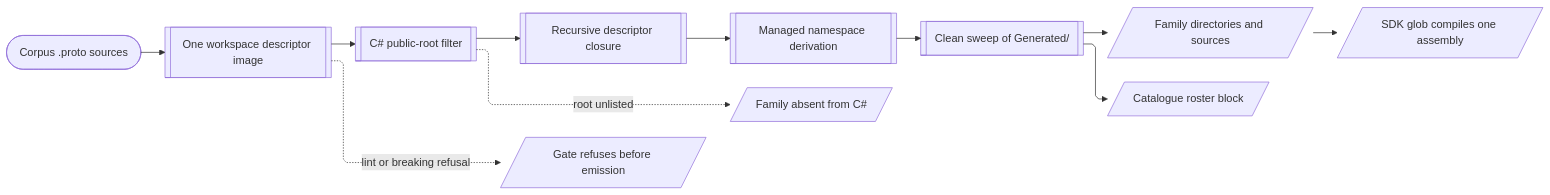
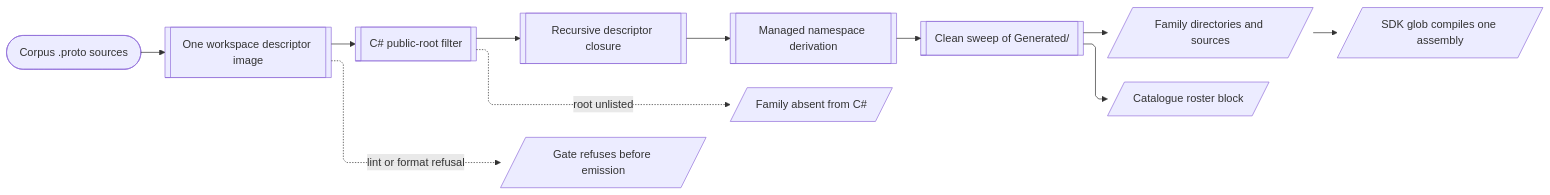
The fourth of 4 diagrams in libs/csharp/Rasm.Contracts/ARCHITECTURE.md (bsamiee/Rasm), drawn with Mermaid before and after one commit. The commit also changed other lines of this file and 640 other files, not shown here.

````diff
--- a/libs/csharp/Rasm.Contracts/ARCHITECTURE.md
+++ b/libs/csharp/Rasm.Contracts/ARCHITECTURE.md
@@ -218,22 +218,22 @@
 ```mermaid
 ---
 config:
   layout: elk
   flowchart:
     curve: linear
     padding: 25
 ---
 flowchart LR
     accTitle: Rasm.Contracts generation spine
     accDescr: How corpus sources become the swept emission and its roster, and where an unlisted root silently drops a family.
     Proto(["Corpus .proto sources"]) e1@--> Image[[One workspace descriptor image]]
     Image e2@--> Roots[[C# public-root filter]]
     Roots e3@--> Closure[[Recursive descriptor closure]]
     Closure e4@--> Managed[[Managed namespace derivation]]
     Managed e5@--> Sweep[[Clean sweep of Generated/]]
     Sweep e6@--> Emit[/Family directories and sources/]
     Sweep e7@--> Roster[/Catalogue roster block/]
     Emit e8@--> Build[/SDK glob compiles one assembly/]
     Roots f1@-.->|"root unlisted"| Dropped[/Family absent from C#/]
-    Image f2@-.->|"lint or breaking refusal"| Refused[/Gate refuses before emission/]
+    Image f2@-.->|"lint or format refusal"| Refused[/Gate refuses before emission/]
 ```
````
